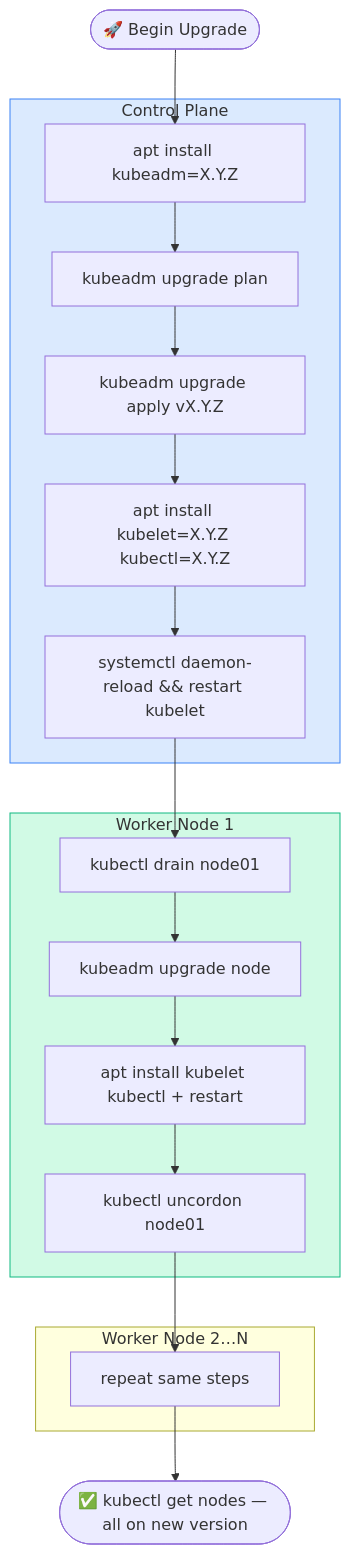
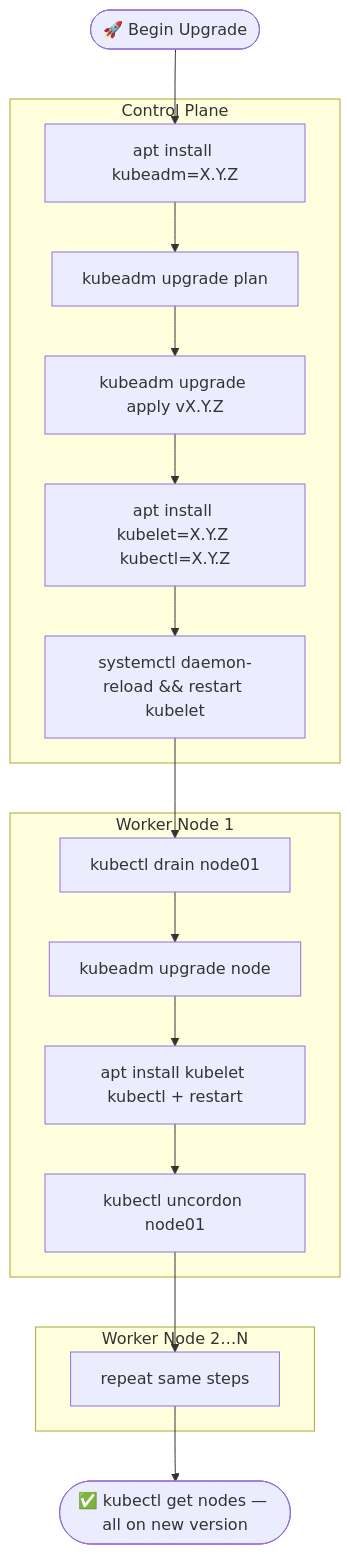
Before and after one commit to Gautam4424/k8slearn-content: the second of 5 diagrams in content/cka/11-cluster-maintenance-drain-upgrade-etcd-backup/overview/overview.md, drawn with Mermaid. The commit also changed other lines of this file and 40 other files, not shown here.

Commit message:
chore: fix mermaid style regex

````diff
--- a/content/cka/11-cluster-maintenance-drain-upgrade-etcd-backup/overview/overview.md
+++ b/content/cka/11-cluster-maintenance-drain-upgrade-etcd-backup/overview/overview.md
@@ -293,31 +293,28 @@
 ```mermaid
 flowchart TD
     START(["🚀 Begin Upgrade"])
 
     subgraph CP["Control Plane"]
         CP1["apt install kubeadm=X.Y.Z"]
         CP2["kubeadm upgrade plan"]
         CP3["kubeadm upgrade apply vX.Y.Z"]
         CP4["apt install kubelet=X.Y.Z kubectl=X.Y.Z"]
         CP5["systemctl daemon-reload && restart kubelet"]
     end
 
     subgraph W1["Worker Node 1"]
         W1a["kubectl drain node01"]
         W1b["kubeadm upgrade node"]
         W1c["apt install kubelet kubectl + restart"]
         W1d["kubectl uncordon node01"]
     end
 
     subgraph WN["Worker Node 2…N"]
         WN1["repeat same steps"]
     end
 
     VERIFY(["✅ kubectl get nodes — all on new version"])
 
     START --> CP1 --> CP2 --> CP3 --> CP4 --> CP5
     CP5 --> W1a --> W1b --> W1c --> W1d --> WN1 --> VERIFY
-
-    style CP fill:#dbeafe,stroke:#3b82f6
-    style W1 fill:#d1fae5,stroke:#10b981
 ```
````
